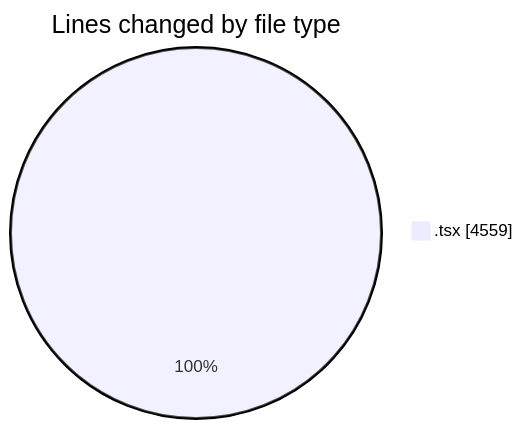
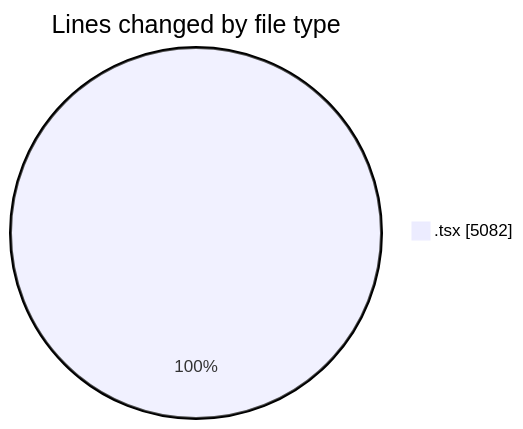
One commit to nxtqubesakshisongat/code-tracking changed the first of 2 diagrams in 2026-06-23/nxtqube_webapp/README.md. Above: the diagram before and after it, drawn with Mermaid. The commit also changed other lines of this file and 1 other file, not shown here.

````diff
--- a/2026-06-23/nxtqube_webapp/README.md
+++ b/2026-06-23/nxtqube_webapp/README.md
@@ -22,5 +23,5 @@
 ```mermaid
 pie showData
 title Lines changed by file type
-".tsx" : 4559
+".tsx" : 5082
 ```
````
